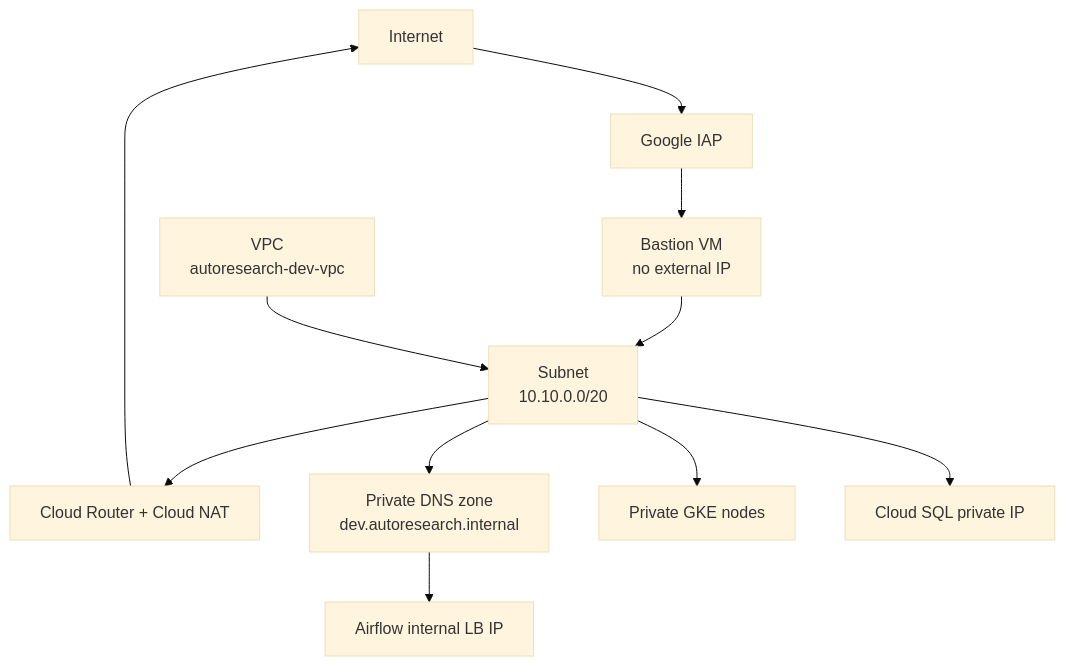
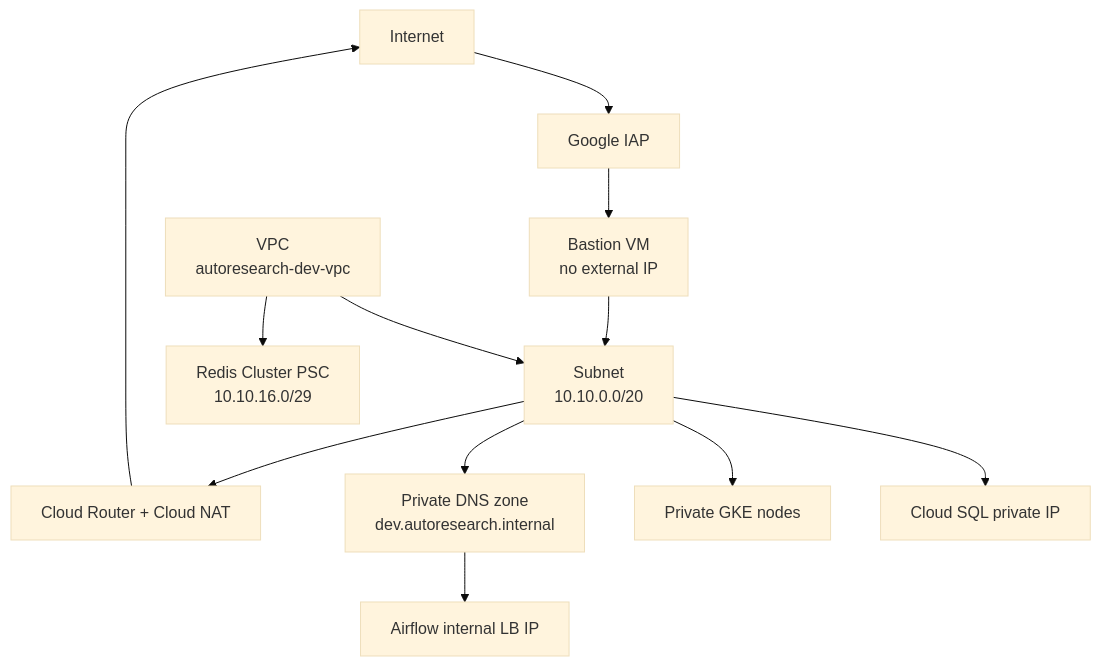
The fourth of 9 diagrams in docs/INFRASTRUCTURE_SUMMARY.md (SKYAHO/Autoresearch-infra), drawn with Mermaid (base theme) before and after one commit. The commit also changed other lines of this file and 24 other files, not shown here.

Commit message:
fix: Redis Cluster 요구사항 반영

````diff
--- a/docs/INFRASTRUCTURE_SUMMARY.md
+++ b/docs/INFRASTRUCTURE_SUMMARY.md
@@ -268,20 +268,22 @@
 ```mermaid
 flowchart TB
     internet["Internet"]
     iap["Google IAP"]
     bastion["Bastion VM<br/>no external IP"]
     vpc["VPC<br/>autoresearch-dev-vpc"]
     subnet["Subnet<br/>10.10.0.0/20"]
     nat["Cloud Router + Cloud NAT"]
     dns["Private DNS zone<br/>dev.autoresearch.internal"]
     ilb["Airflow internal LB IP"]
     gke["Private GKE nodes"]
     sql["Cloud SQL private IP"]
+    redispsc["Redis Cluster PSC<br/>10.10.16.0/29"]
 
     internet --> iap --> bastion --> subnet
     vpc --> subnet
     subnet --> nat --> internet
     subnet --> dns --> ilb
     subnet --> gke
     subnet --> sql
+    vpc --> redispsc
 ```
````
